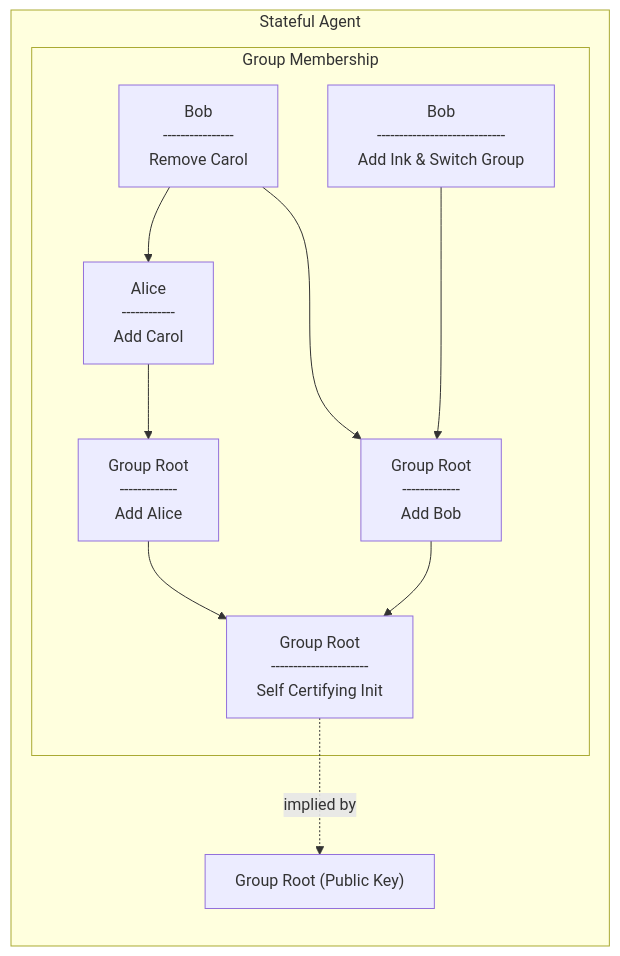
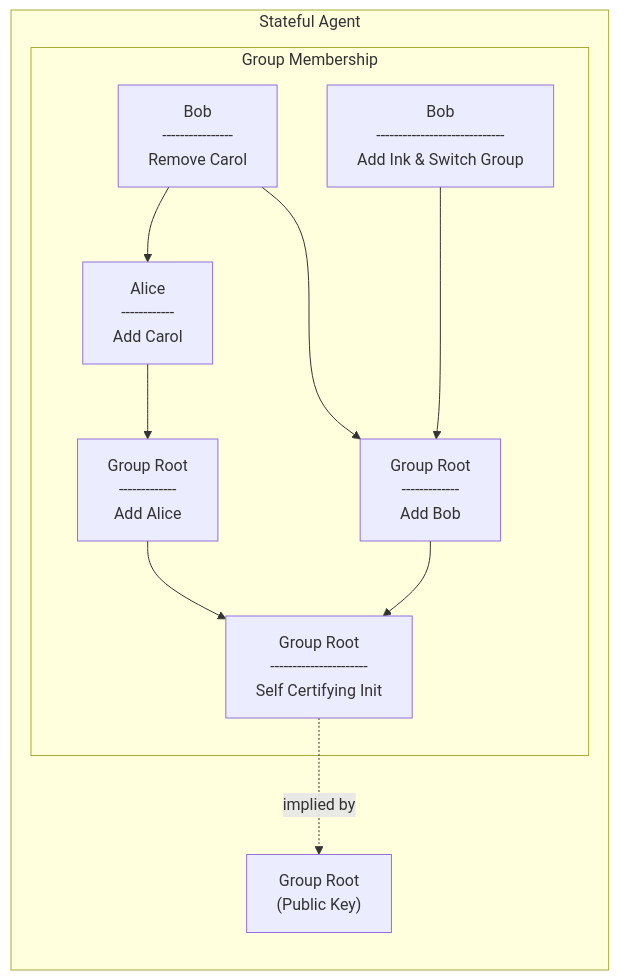
The third of 11 diagrams in design/group_membership.md (inkandswitch/keyhive), drawn with Mermaid before and after one commit. The commit also changed other lines of this file and 3 other files, not shown here.

Commit message:
Fix mermaid diagram line breaks render on GitHub (#129)

````diff
--- a/design/group_membership.md
+++ b/design/group_membership.md
@@ -70,20 +70,20 @@
 ```mermaid
 flowchart TB
     subgraph StatefulAgent[Stateful Agent]
         direction TB
 
-        _groupPK["Group Root (Public Key)"]
+        _groupPK["Group Root<br>(Public Key)"]
 
         subgraph membership[Group Membership]
-            rootAddsAlice[Group Root\n-------------\nAdd Alice] --> groupRoot[Group Root\n----------------------\nSelf Certifying Init]
-            rootAddsBob[Group Root\n-------------\nAdd Bob] --> groupRoot
-            aliceAddsCarol[Alice\n------------\nAdd Carol] --> rootAddsAlice
+            rootAddsAlice[Group Root<br>-------------<br>Add Alice] --> groupRoot[Group Root<br>----------------------<br>Self Certifying Init]
+            rootAddsBob[Group Root<br>-------------<br>Add Bob] --> groupRoot
+            aliceAddsCarol[Alice<br>------------<br>Add Carol] --> rootAddsAlice
 
-            removeCarol[Bob\n----------------\nRemove Carol] --> rootAddsBob
+            removeCarol[Bob<br>----------------<br>Remove Carol] --> rootAddsBob
             removeCarol --> aliceAddsCarol
-            bobAddsIas[Bob\n-----------------------------\nAdd Ink & Switch Group] ---> rootAddsBob
+            bobAddsIas[Bob<br>-----------------------------<br>Add Ink & Switch Group] ---> rootAddsBob
         end
     end
 
     groupRoot -.->|implied by| _groupPK
 ```
````
